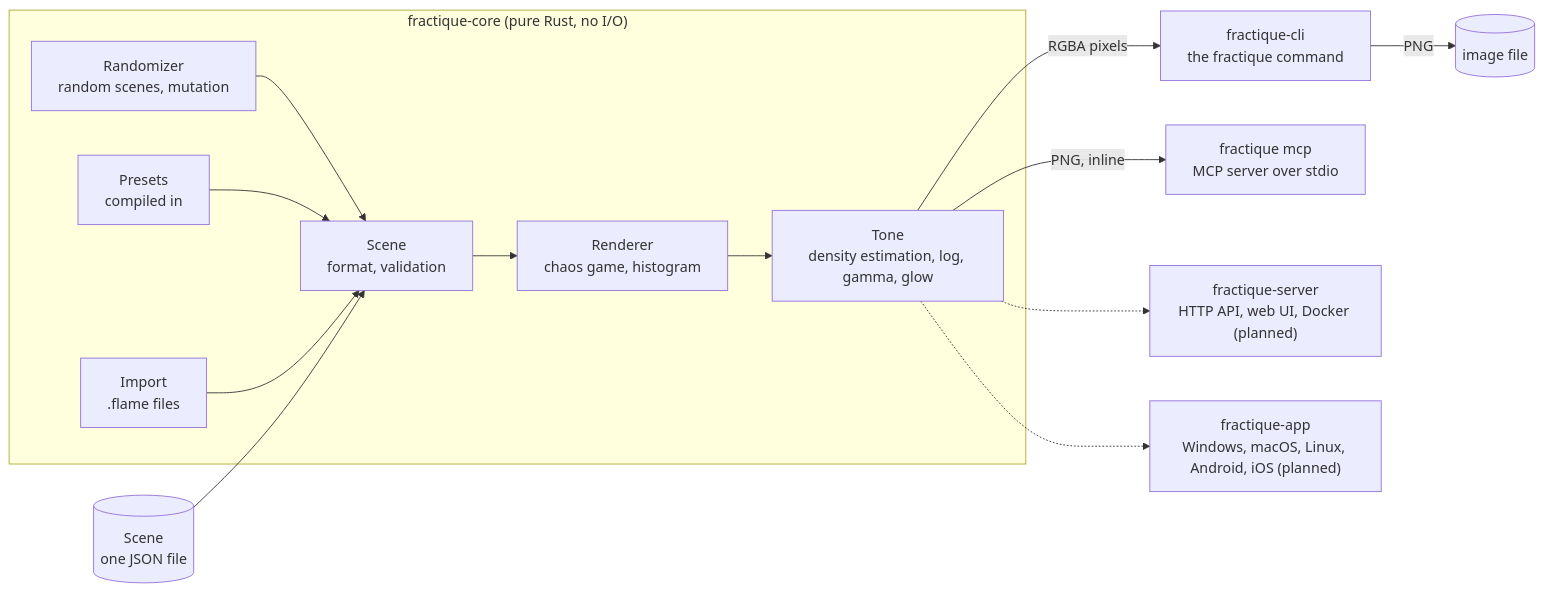
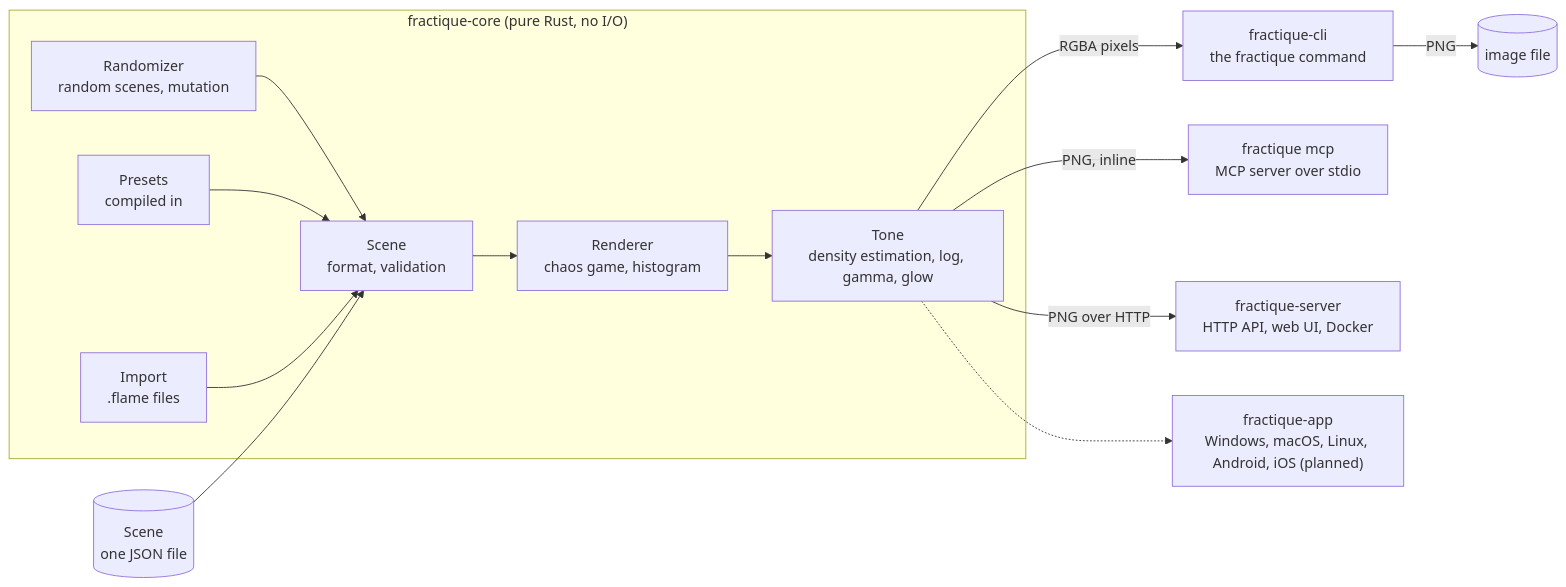
Before and after one commit to tarpetos/fractique: the first of 2 diagrams in docs/architecture.md, drawn with Mermaid. The commit also changed other lines of this file and 29 other files, not shown here.

First line of the commit message:
feat(server): add the HTTP server and its Docker image (#25)

````diff
--- a/docs/architecture.md
+++ b/docs/architecture.md
@@ -9,29 +9,29 @@
 ```mermaid
 flowchart LR
     SCENE[("Scene<br/>one JSON file")]
 
     subgraph CORE["fractique-core (pure Rust, no I/O)"]
         VAL["Scene<br/>format, validation"]
         RND["Randomizer<br/>random scenes, mutation"]
         PRE["Presets<br/>compiled in"]
         IMP["Import<br/>.flame files"]
         REN["Renderer<br/>chaos game, histogram"]
         TON["Tone<br/>density estimation, log, gamma, glow"]
         VAL --> REN --> TON
         RND --> VAL
         PRE --> VAL
         IMP --> VAL
     end
 
     CLI["fractique-cli<br/>the fractique command"]
     MCP["fractique mcp<br/>MCP server over stdio"]
-    SRV["fractique-server<br/>HTTP API, web UI, Docker (planned)"]
+    SRV["fractique-server<br/>HTTP API, web UI, Docker"]
     APP["fractique-app<br/>Windows, macOS, Linux, Android, iOS (planned)"]
 
     SCENE --> VAL
     TON -- "RGBA pixels" --> CLI
     TON -- "PNG, inline" --> MCP
-    TON -.-> SRV
+    TON -- "PNG over HTTP" --> SRV
     TON -.-> APP
     CLI -- "PNG" --> OUT[("image file")]
 ```
````
